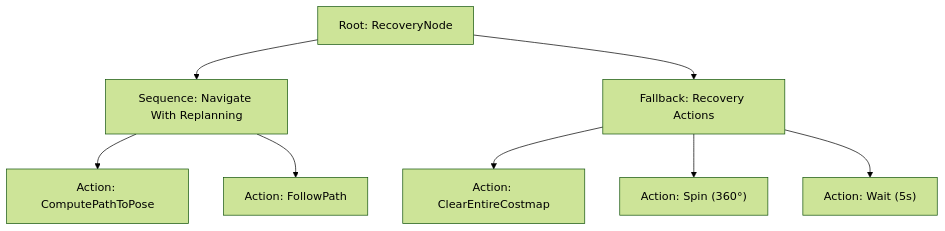
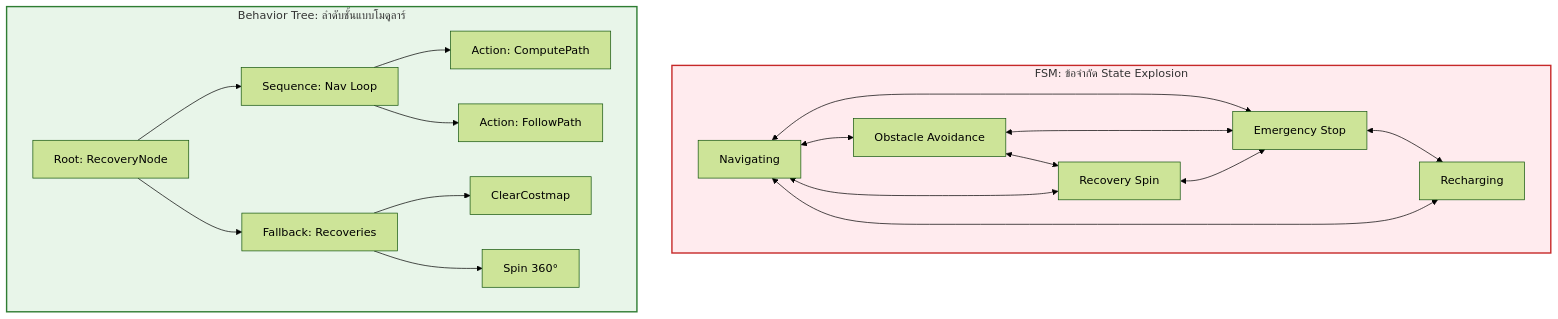
One commit to alfaXphoori/ros2 changed the first of 3 diagrams in Essential_ROS/Week_15_Waypoint_Patrol_BT/Readme.md. Above: the diagram before and after it, drawn with Mermaid (forest theme). The commit also changed other lines of this file and 15 other files, not shown here.

````diff
--- a/Essential_ROS/Week_15_Waypoint_Patrol_BT/Readme.md
+++ b/Essential_ROS/Week_15_Waypoint_Patrol_BT/Readme.md
@@ -41,19 +42,33 @@
 ```mermaid
-flowchart TD
-    Root["Root: RecoveryNode"]
-    NavSeq["Sequence: Navigate With Replanning"]
-    ComputePath["Action: ComputePathToPose"]
-    FollowPath["Action: FollowPath"]
-    RecoveryFall["Fallback: Recovery Actions"]
-    ClearCostmap["Action: ClearEntireCostmap"]
-    Spin["Action: Spin (360°)"]
-    Wait["Action: Wait (5s)"]
+graph TD
+    subgraph FSM_Problem ["FSM: ข้อจำกัด State Explosion"]
+        S1["Navigating"] <--> S2["Obstacle Avoidance"]
+        S2 <--> S3["Recovery Spin"]
+        S3 <--> S1
+        S1 <--> S4["Emergency Stop"]
+        S2 <--> S4
+        S3 <--> S4
+        S4 <--> S5["Recharging"]
+        S1 <--> S5
+    end
 
-    Root --> NavSeq
-    NavSeq --> ComputePath
-    NavSeq --> FollowPath
-    Root --> RecoveryFall
-    RecoveryFall --> ClearCostmap
-    RecoveryFall --> Spin
-    RecoveryFall --> Wait
+    subgraph BT_Solution ["Behavior Tree: ลำดับชั้นแบบโมดูลาร์"]
+        Root["Root: RecoveryNode"]
+        NavSeq["Sequence: Nav Loop"]
+        Plan["Action: ComputePath"]
+        Control["Action: FollowPath"]
+        RecovFall["Fallback: Recoveries"]
+        Clear["ClearCostmap"]
+        Spin["Spin 360°"]
+
+        Root --> NavSeq
+        NavSeq --> Plan
+        NavSeq --> Control
+        Root --> RecovFall
+        RecovFall --> Clear
+        RecovFall --> Spin
+    end
+
+    style FSM_Problem fill:#ffebee,stroke:#c62828,stroke-width:2px
+    style BT_Solution fill:#e8f5e9,stroke:#2e7d32,stroke-width:2px
 ```
````
